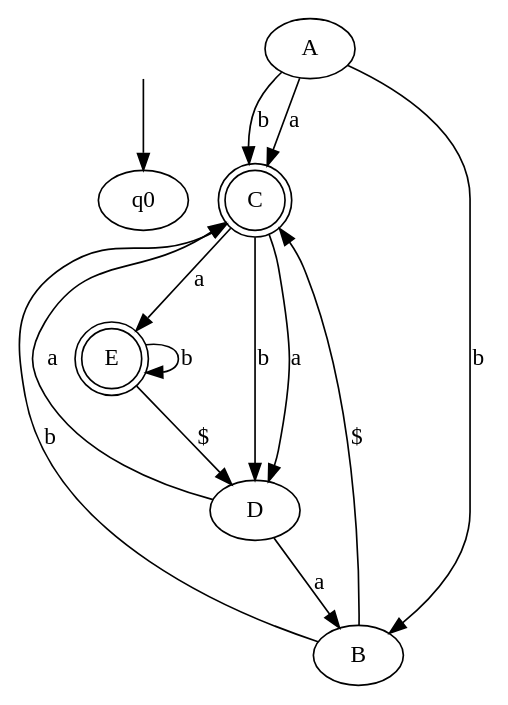
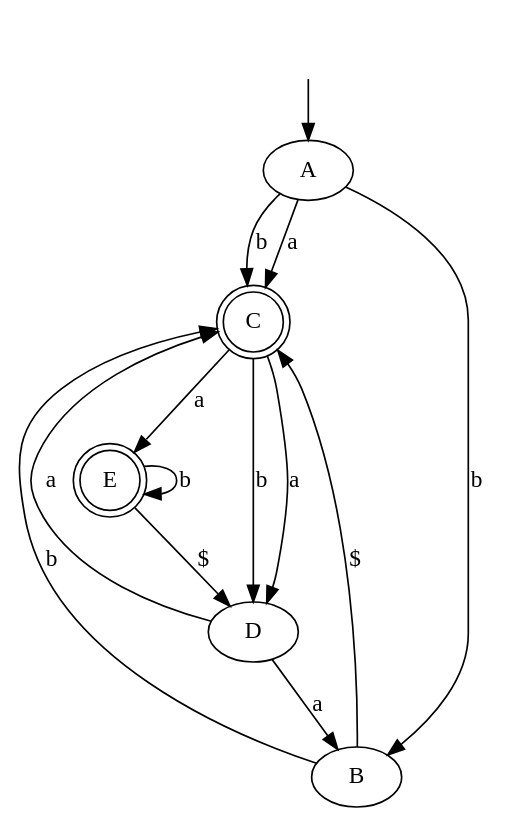
The diagram in FormeleMethode/graphviz/dotfiles/ndfaExample4.dot (Joshua-Latusia/Formele-methode), drawn with Graphviz before and after one commit. The commit also changed 11 other files, not shown here.

```diff
--- a/FormeleMethode/graphviz/dotfiles/ndfaExample4.dot
+++ b/FormeleMethode/graphviz/dotfiles/ndfaExample4.dot
@@ -1,20 +1,20 @@
 digraph {
  "" [shape=none]
  "C"  [shape=doublecircle]
  "E"  [shape=doublecircle]
 
-"" -> "q0"
+"" -> "A"
 "A" -> "B"[label="b", weight="b"];
 "A" -> "C"[label="a", weight="a"];
 "A" -> "C"[label="b", weight="b"];
 "B" -> "C"[label="b", weight="b"];
 "B" -> "C"[label="$", weight="$"];
 "C" -> "D"[label="a", weight="a"];
 "C" -> "D"[label="b", weight="b"];
 "C" -> "E"[label="a", weight="a"];
 "D" -> "B"[label="a", weight="a"];
 "D" -> "C"[label="a", weight="a"];
 "E" -> "D"[label="$", weight="$"];
 "E" -> "E"[label="b", weight="b"];
 
 }
```
